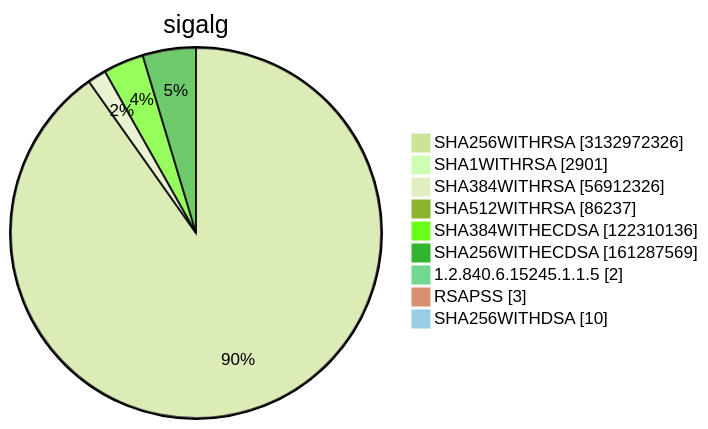
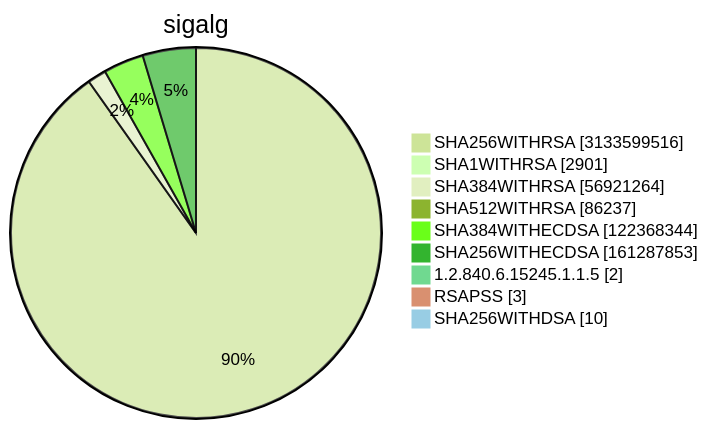
Before and after one commit to christiankrug/ctmonitor_visualization: diagram 15 of 15 in TOTAL/README.md, drawn with Mermaid (forest theme). The commit also changed other lines of this file, not shown here.

````diff
--- a/TOTAL/README.md
+++ b/TOTAL/README.md
@@ -6212,13 +6212,13 @@
 ```mermaid
 pie showData
 title sigalg
-"SHA256WITHRSA" :3132972326
+"SHA256WITHRSA" :3133599516
 "SHA1WITHRSA" :2901
-"SHA384WITHRSA" :56912326
+"SHA384WITHRSA" :56921264
 "SHA512WITHRSA" :86237
-"SHA384WITHECDSA" :122310136
-"SHA256WITHECDSA" :161287569
+"SHA384WITHECDSA" :122368344
+"SHA256WITHECDSA" :161287853
 "1.2.840.6.15245.1.1.5" :2
 "RSAPSS" :3
 "SHA256WITHDSA" :10
 ```
````
